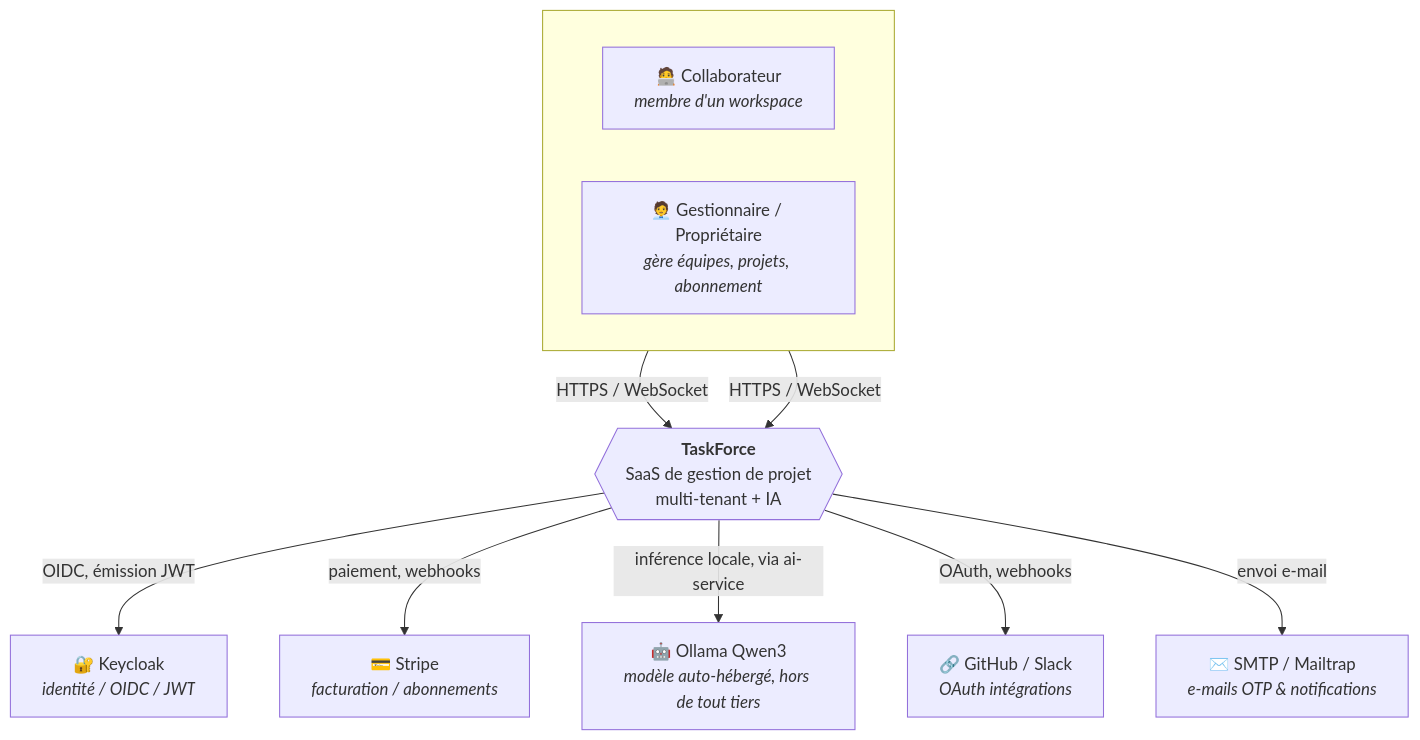
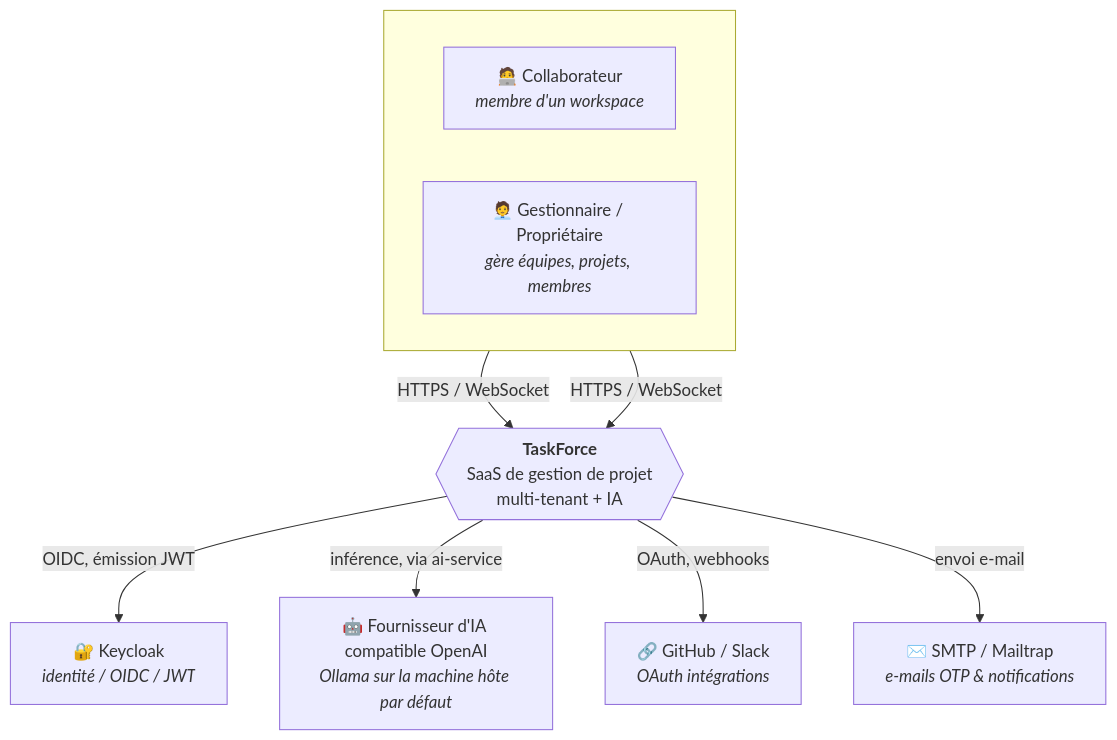
Before and after one commit to taskforce-project/taskforce-docs: the first of 3 diagrams in v1/03-architecture/Architecture_C4.md, drawn with Mermaid. The commit also changed other lines of this file and 2 other files, not shown here.

First line of the commit message:
docs(architecture): schémas alignés sur le code après le lot 4

````diff
--- a/v1/03-architecture/Architecture_C4.md
+++ b/v1/03-architecture/Architecture_C4.md
@@ -28,24 +28,22 @@
 ```mermaid
 flowchart TB
     subgraph EXT_ACTORS[" "]
         direction LR
         MEMBER["🧑‍💻 Collaborateur<br/><i>membre d'un workspace</i>"]
-        MANAGER["🧑‍💼 Gestionnaire / Propriétaire<br/><i>gère équipes, projets, abonnement</i>"]
+        MANAGER["🧑‍💼 Gestionnaire / Propriétaire<br/><i>gère équipes, projets, membres</i>"]
     end
 
     TF{{"<b>TaskForce</b><br/>SaaS de gestion de projet<br/>multi-tenant + IA"}}
 
     KC["🔐 Keycloak<br/><i>identité / OIDC / JWT</i>"]
-    STRIPE["💳 Stripe<br/><i>facturation / abonnements</i>"]
-    OLLAMA["🤖 Ollama Qwen3<br/><i>modèle auto-hébergé, hors de tout tiers</i>"]
+    OLLAMA["🤖 Fournisseur d'IA compatible OpenAI<br/><i>Ollama sur la machine hôte par défaut</i>"]
     OAUTH["🔗 GitHub / Slack<br/><i>OAuth intégrations</i>"]
     SMTP["✉️ SMTP / Mailtrap<br/><i>e-mails OTP & notifications</i>"]
 
     MEMBER -->|HTTPS / WebSocket| TF
     MANAGER -->|HTTPS / WebSocket| TF
     TF -->|OIDC, émission JWT| KC
-    TF -->|paiement, webhooks| STRIPE
-    TF -->|inférence locale, via ai-service| OLLAMA
+    TF -->|inférence, via ai-service| OLLAMA
     TF -->|OAuth, webhooks| OAUTH
     TF -->|envoi e-mail| SMTP
 ```
````
